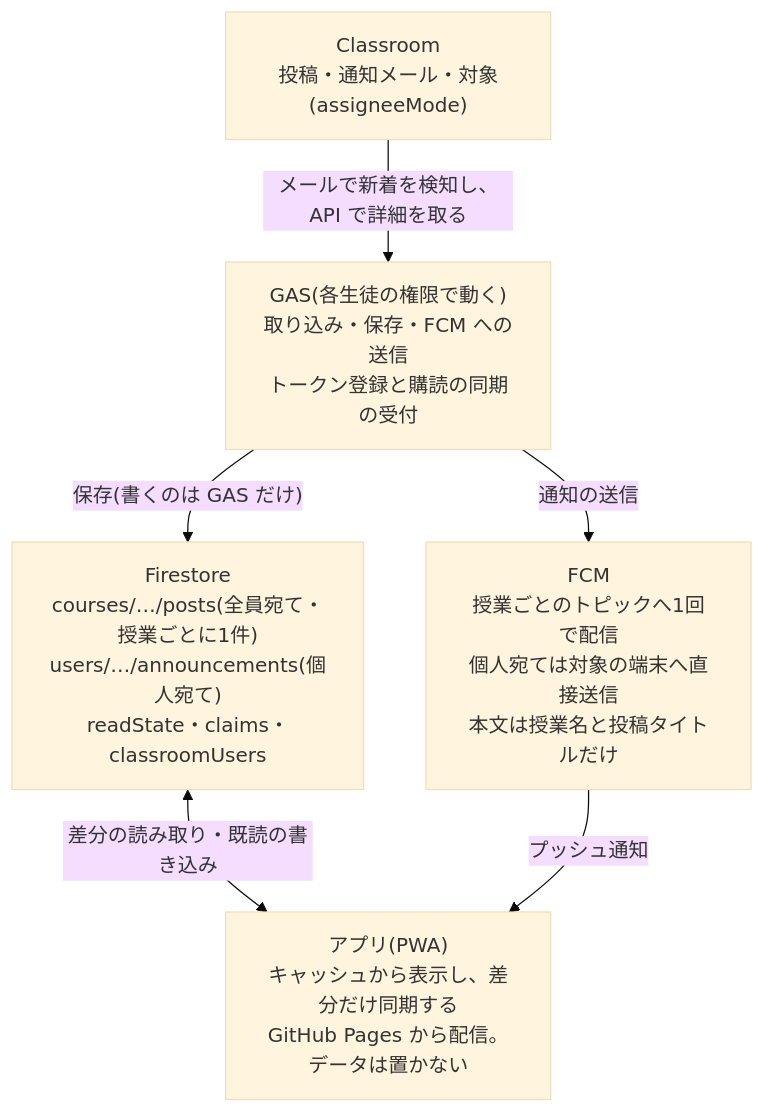
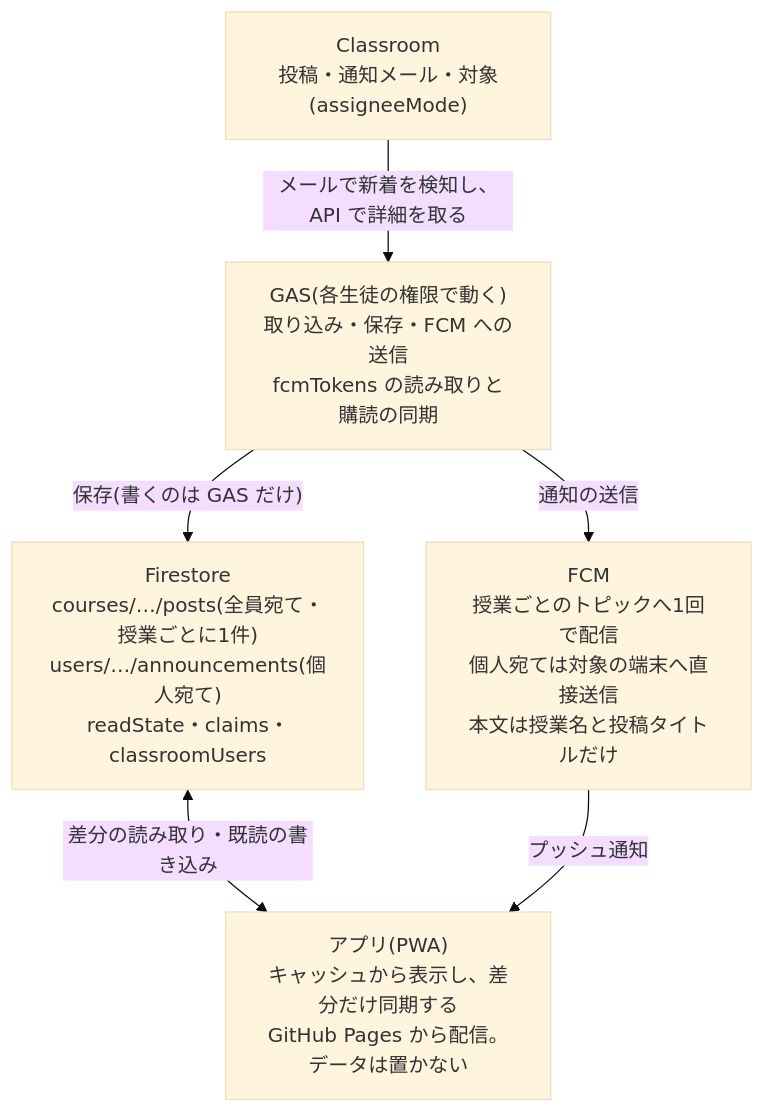
Before and after one commit to fks-benri-app/BenriApp: the diagram in docs/notification-spec.md, drawn with Mermaid (base theme). The commit also changed other lines of this file and 4 other files, not shown here.

First line of the commit message:
FCM トークンをアプリから Firestore に直接保存する(GAS 経由をやめる)

````diff
--- a/docs/notification-spec.md
+++ b/docs/notification-spec.md
@@ -35,13 +35,13 @@
 ```mermaid
 flowchart TD
   C["Classroom<br/>投稿・通知メール・対象(assigneeMode)"]
-  G["GAS(各生徒の権限で動く)<br/>取り込み・保存・FCM への送信<br/>トークン登録と購読の同期の受付"]
+  G["GAS(各生徒の権限で動く)<br/>取り込み・保存・FCM への送信<br/>fcmTokens の読み取りと購読の同期"]
   F["Firestore<br/>courses/…/posts(全員宛て・授業ごとに1件)<br/>users/…/announcements(個人宛て)<br/>readState・claims・classroomUsers"]
   M["FCM<br/>授業ごとのトピックへ1回で配信<br/>個人宛ては対象の端末へ直接送信<br/>本文は授業名と投稿タイトルだけ"]
   A["アプリ(PWA)<br/>キャッシュから表示し、差分だけ同期する<br/>GitHub Pages から配信。データは置かない"]
   C -- "メールで新着を検知し、API で詳細を取る" --> G
   G -- "保存(書くのは GAS だけ)" --> F
   G -- "通知の送信" --> M
   F <-- "差分の読み取り・既読の書き込み" --> A
   M -- "プッシュ通知" --> A
 ```
````
